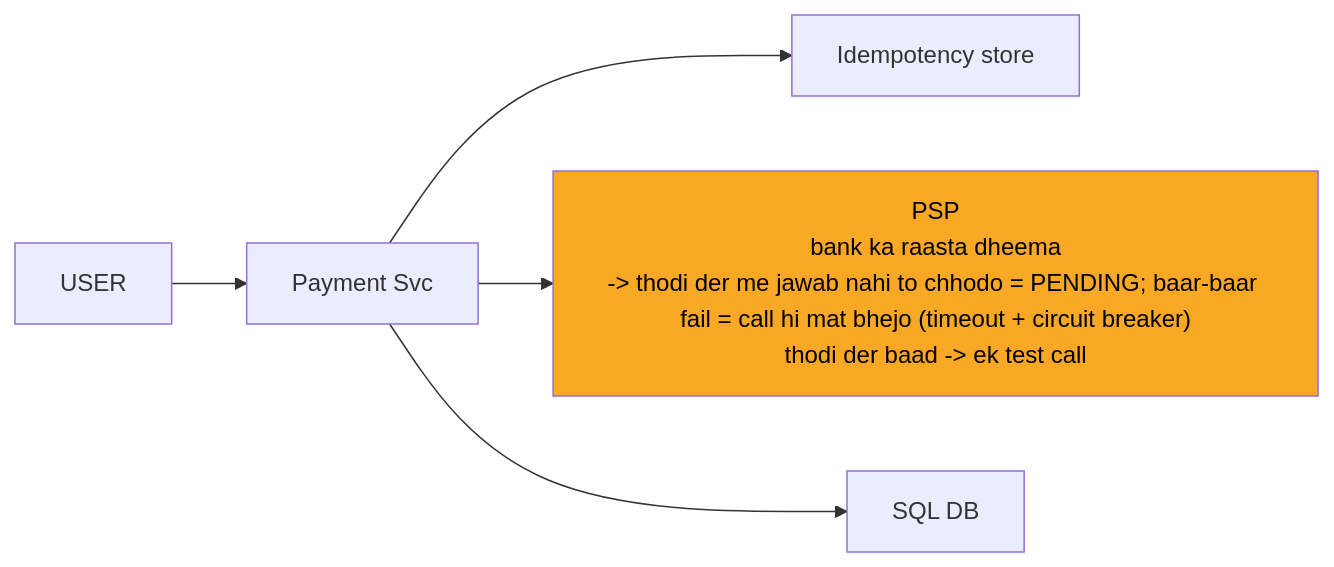
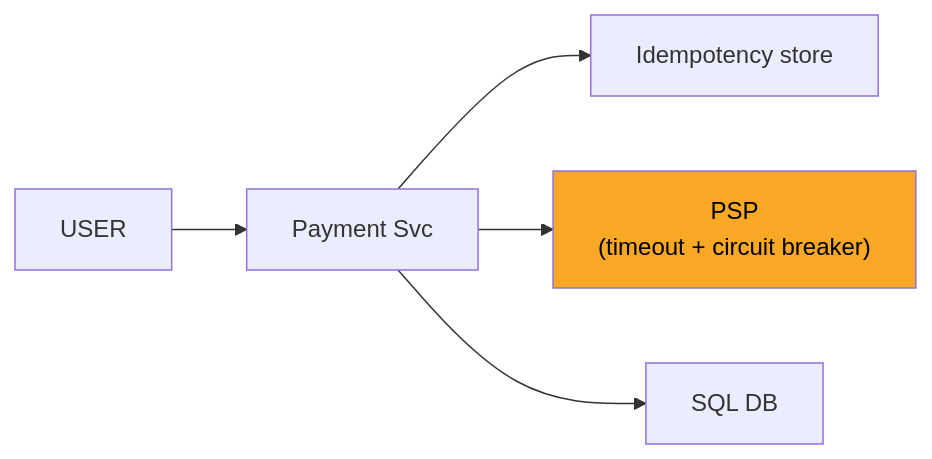
One commit to ArpanMaheshwari144/Prep changed the diagram in 04_HLD/SYSTEM_DESIGNS/06_payment_system/img/c4.mmd. Above: the diagram before and after it, drawn with Mermaid. The commit also changed 156 other files, not shown here.

```diff
--- a/04_HLD/SYSTEM_DESIGNS/06_payment_system/img/c4.mmd
+++ b/04_HLD/SYSTEM_DESIGNS/06_payment_system/img/c4.mmd
@@ -1,12 +1,12 @@
 %%{init: {"flowchart": {"wrappingWidth": 450}}}%%
 flowchart LR
     n_USER["USER"]
     n_Payment_Svc["Payment Svc"]
     n_Idempotency_store["Idempotency store"]
-    n_PSP["PSP<br/>bank ka raasta dheema<br/>-> thodi der me jawab nahi to chhodo = PENDING; baar-baar fail = call hi mat bhejo (timeout + circuit breaker)<br/>thodi der baad -> ek test call"]
+    n_PSP["PSP<br/>(timeout + circuit breaker)"]
     n_DB["SQL DB"]
     n_USER --> n_Payment_Svc
     n_Payment_Svc --> n_Idempotency_store
     n_Payment_Svc --> n_PSP
     n_Payment_Svc --> n_DB
     style n_PSP fill:#f9a825,color:#000
```
